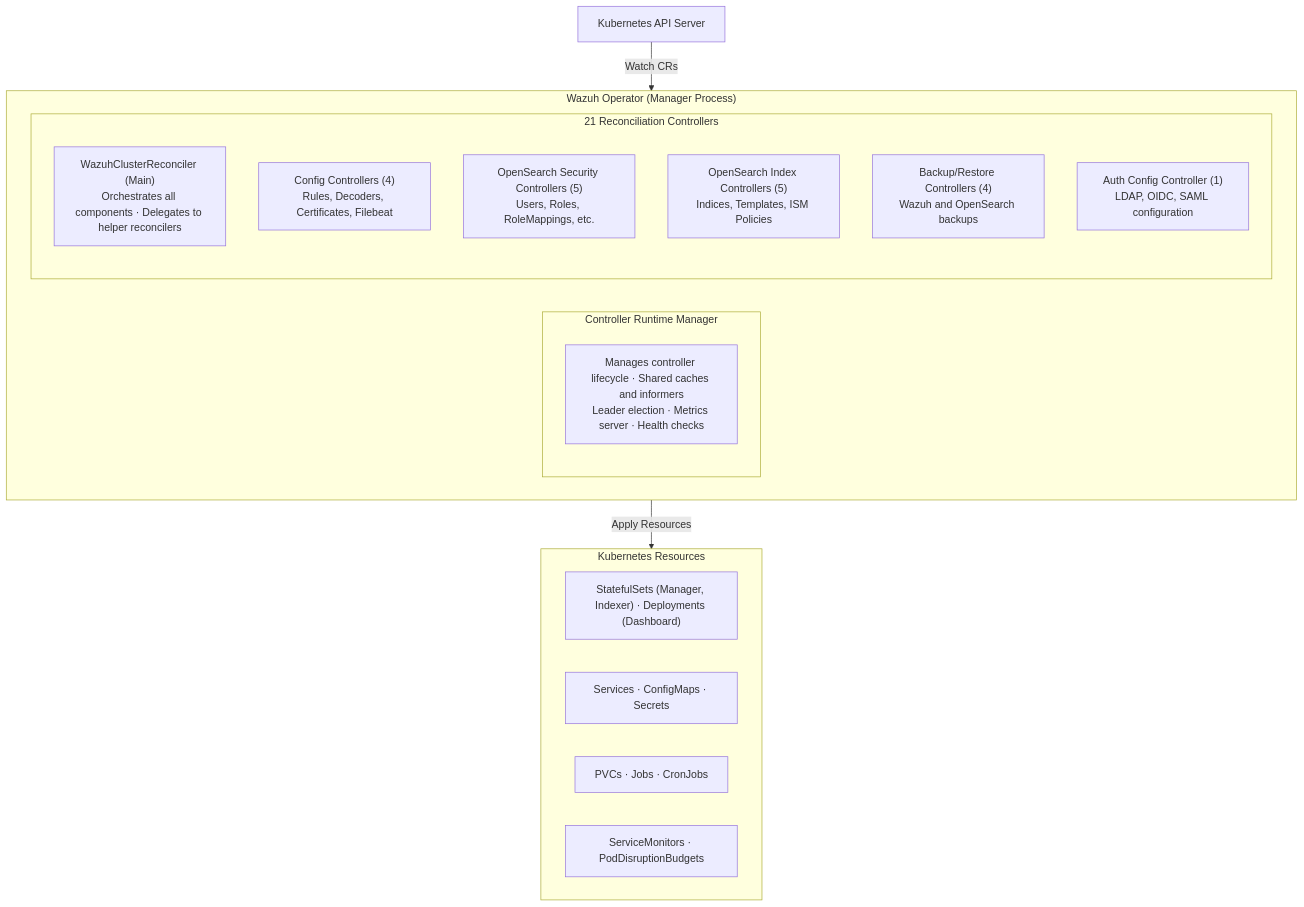
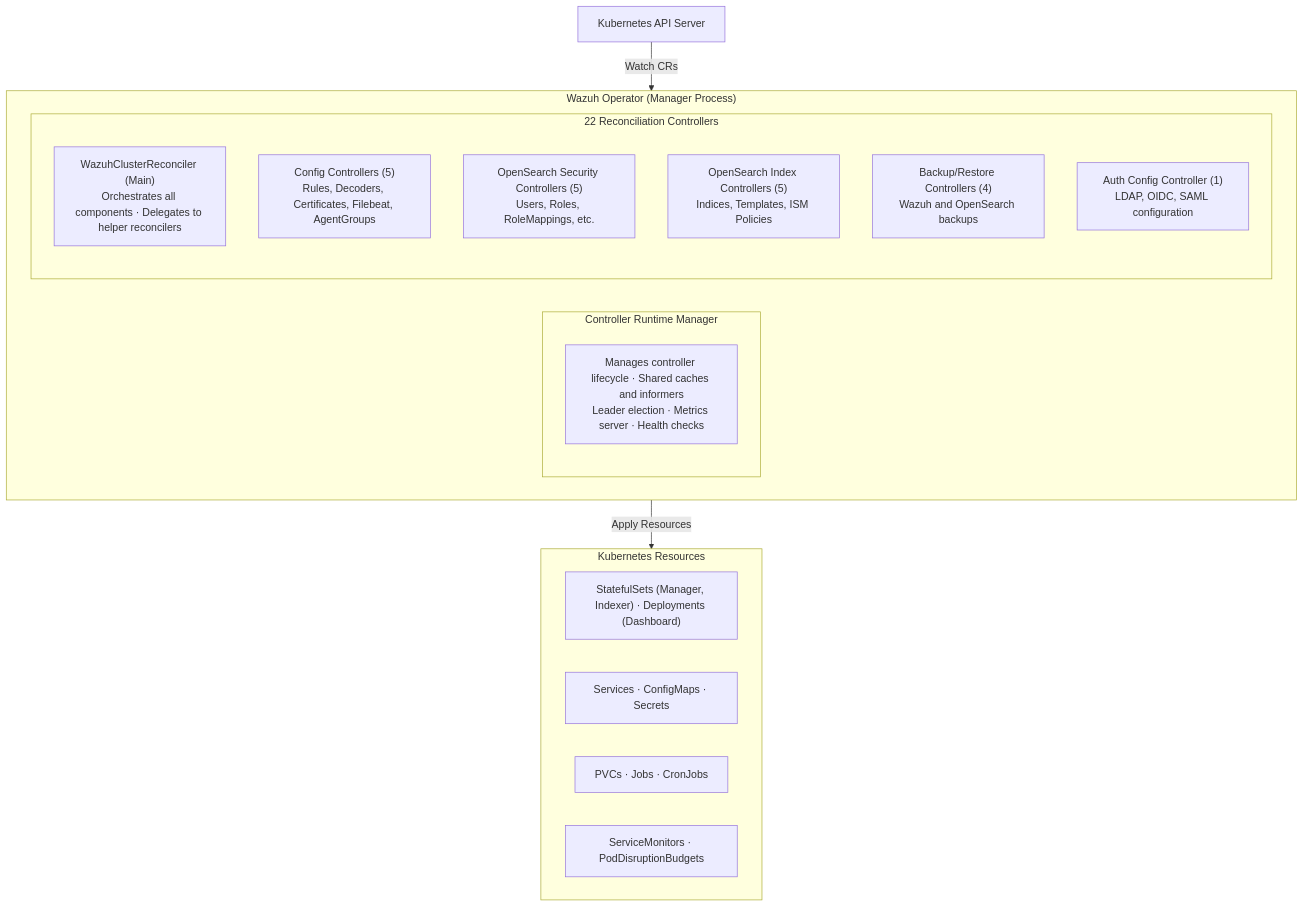
Before and after one commit to MaximeWewer/wazuh-operator: the first of 8 diagrams in docs/reference/architecture.md, drawn with Mermaid. The commit also changed other lines of this file and 29 other files, not shown here.

````diff
--- a/docs/reference/architecture.md
+++ b/docs/reference/architecture.md
@@ -41,28 +41,28 @@
 ```mermaid
 flowchart TD
     A[Kubernetes API Server]
 
     subgraph Operator["Wazuh Operator (Manager Process)"]
         subgraph CRM[Controller Runtime Manager]
             CRM1["Manages controller lifecycle · Shared caches and informers<br/>Leader election · Metrics server · Health checks"]
         end
-        subgraph Controllers[21 Reconciliation Controllers]
+        subgraph Controllers[22 Reconciliation Controllers]
             WCR["WazuhClusterReconciler (Main)<br/>Orchestrates all components · Delegates to helper reconcilers"]
-            CONFIG["Config Controllers (4)<br/>Rules, Decoders, Certificates, Filebeat"]
+            CONFIG["Config Controllers (5)<br/>Rules, Decoders, Certificates, Filebeat, AgentGroups"]
             SEC["OpenSearch Security Controllers (5)<br/>Users, Roles, RoleMappings, etc."]
             IDX["OpenSearch Index Controllers (5)<br/>Indices, Templates, ISM Policies"]
             BACKUP["Backup/Restore Controllers (4)<br/>Wazuh and OpenSearch backups"]
             AUTH["Auth Config Controller (1)<br/>LDAP, OIDC, SAML configuration"]
         end
     end
 
     subgraph Resources[Kubernetes Resources]
         R1["StatefulSets (Manager, Indexer) · Deployments (Dashboard)"]
         R2["Services · ConfigMaps · Secrets"]
         R3["PVCs · Jobs · CronJobs"]
         R4["ServiceMonitors · PodDisruptionBudgets"]
     end
 
     A -->|"Watch CRs"| Operator
     Operator -->|"Apply Resources"| Resources
 ```
````
